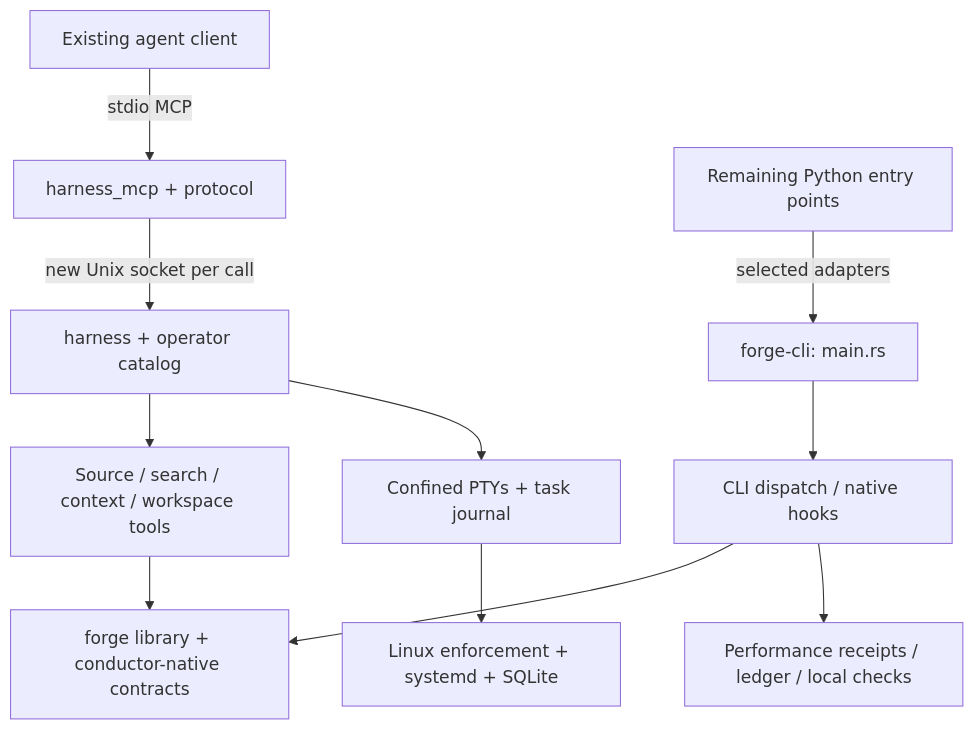
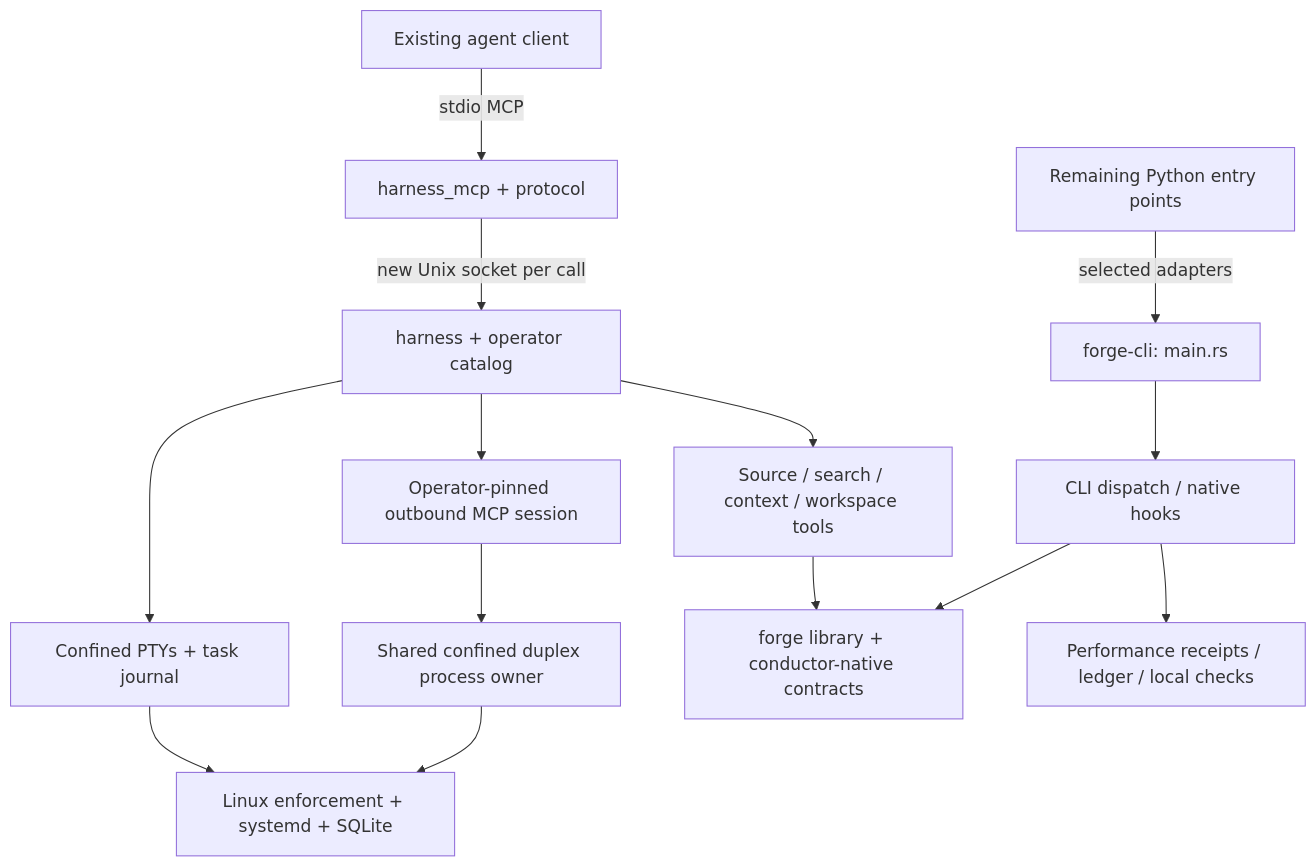
Before and after one commit to mcpirate17/llm-forge: the diagram in docs/roadmap.md, drawn with Mermaid. The commit also changed other lines of this file and 27 other files, not shown here.

First line of the commit message:
feat(mcp): add a confined operator-pinned stdio client (#201)

````diff
--- a/docs/roadmap.md
+++ b/docs/roadmap.md
@@ -35,13 +35,16 @@
 ```mermaid
 flowchart TD
   Client[Existing agent client] -->|stdio MCP| Adapter[harness_mcp + protocol]
   Adapter -->|new Unix socket per call| Service[harness + operator catalog]
   Service --> Source[Source / search / context / workspace tools]
   Service --> Terminal[Confined PTYs + task journal]
+  Service --> Outbound[Operator-pinned outbound MCP session]
+  Outbound --> Owner[Shared confined duplex process owner]
+  Owner --> Controls
   CLI[forge-cli: main.rs] --> Dispatch[CLI dispatch / native hooks]
   Dispatch --> Native[forge library + conductor-native contracts]
   Source --> Native
   Terminal --> Controls[Linux enforcement + systemd + SQLite]
   Python[Remaining Python entry points] -->|selected adapters| CLI
   Dispatch --> Evidence[Performance receipts / ledger / local checks]
 ```
````
